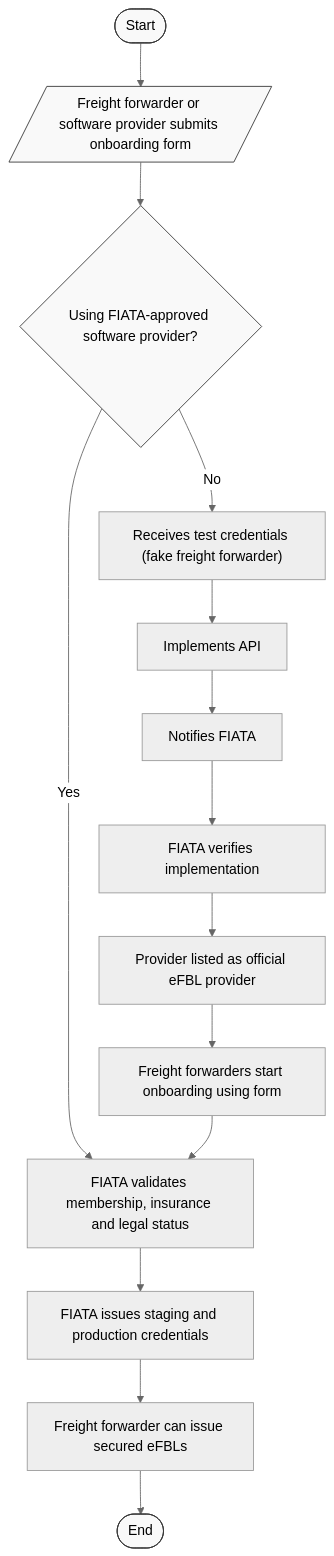
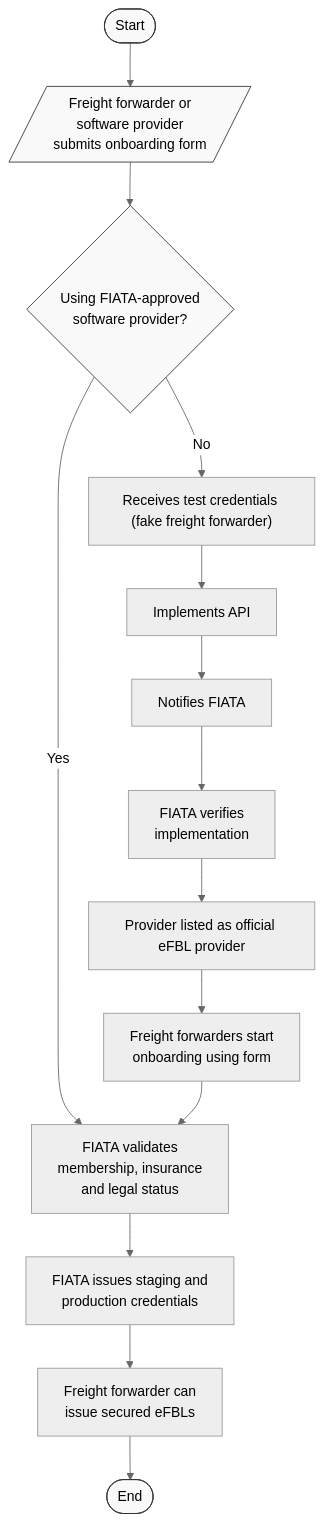
Before and after one commit to FIATA/eFBL: the diagram in docs/JOIN-PROCESS.md, drawn with Mermaid.

Commit message:
Update JOIN-PROCESS.md
br

````diff
--- a/docs/JOIN-PROCESS.md
+++ b/docs/JOIN-PROCESS.md
@@ -21,34 +21,34 @@
 ```mermaid
 ---
 config:
       theme: neutral
 ---
 flowchart TD
     %% START
-    Start([Start]) --> FormSubmission[/"Freight forwarder or software provider submits onboarding form"/]
+    Start([Start]) --> FormSubmission[/"Freight forwarder or <br>software provider<br> submits onboarding form"/]
 
     %% DECISION: Path
-    FormSubmission --> IsUsingProvider{Using FIATA-approved software provider?}
+    FormSubmission --> IsUsingProvider{Using FIATA-approved <br>software provider?}
 
     %% PATH 1
     IsUsingProvider -- Yes --> ValidateFF
 
     %% PATH 2 - Software Provider
     IsUsingProvider -- No --> Path2_2["Receives test credentials (fake freight forwarder)"]
     Path2_2 --> Path2_3["Implements API"]
     Path2_3 --> Path2_4["Notifies FIATA"]
-    Path2_4 --> Path2_5["FIATA verifies implementation"]
+    Path2_4 --> Path2_5["FIATA verifies <br>implementation"]
     Path2_5 --> Path2_6["Provider listed as official eFBL provider"]
-    Path2_6 --> FFRegistration["Freight forwarders start onboarding using form"]
+    Path2_6 --> FFRegistration["Freight forwarders start <br>onboarding using form"]
     FFRegistration --> ValidateFF
 
     %% COMMON VALIDATION FLOW
-    ValidateFF["FIATA validates membership, insurance and legal status"] --> IssueCreds["FIATA issues staging and production credentials"]
-    IssueCreds --> CanIssue["Freight forwarder can issue secured eFBLs"]
+    ValidateFF["FIATA validates <br>membership, insurance <br>and legal status"] --> IssueCreds["FIATA issues staging and <br>production credentials"]
+    IssueCreds --> CanIssue["Freight forwarder can <br>issue secured eFBLs"]
     CanIssue --> End([End])
 
     %% STYLES
     classDef box fill:#f9f9f9,stroke:#333,stroke-width:1px;
     class Start,FormSubmission,IsUsingProvider,End box;
 
 ```
````
